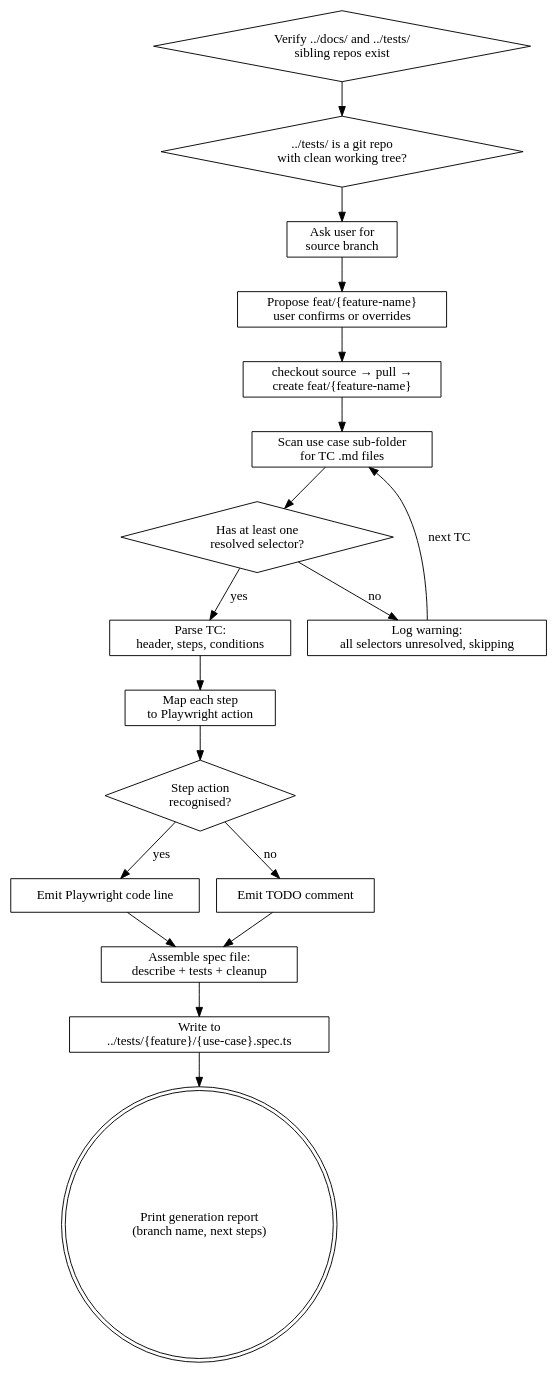
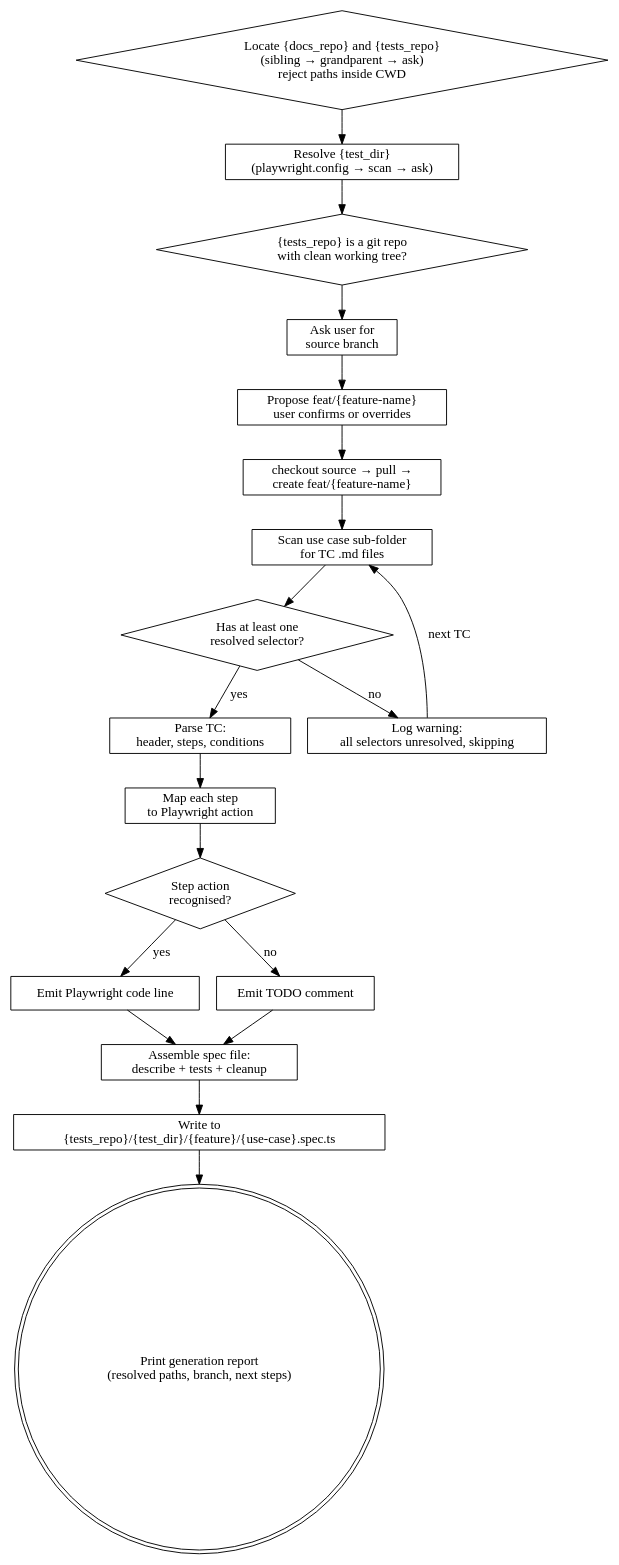
One commit to nishantvegeta/featurespecartifact changed the diagram in .claude/skills/generate-test-suite/SKILL.md. Above: the diagram before and after it, drawn with Graphviz. The commit also changed other lines of this file and 74 other files, not shown here.

````diff
--- a/.claude/skills/generate-test-suite/SKILL.md
+++ b/.claude/skills/generate-test-suite/SKILL.md
@@ -150,40 +191,42 @@
 ```dot
 digraph process {
     rankdir=TB;
 
-    verify_ws [label="Verify ../docs/ and ../tests/\nsibling repos exist" shape=diamond];
-    verify_git [label="../tests/ is a git repo\nwith clean working tree?" shape=diamond];
+    locate [label="Locate {docs_repo} and {tests_repo}\n(sibling → grandparent → ask)\nreject paths inside CWD" shape=diamond];
+    test_dir [label="Resolve {test_dir}\n(playwright.config → scan → ask)" shape=box];
+    verify_git [label="{tests_repo} is a git repo\nwith clean working tree?" shape=diamond];
     ask_src [label="Ask user for\nsource branch" shape=box];
     confirm_name [label="Propose feat/{feature-name}\nuser confirms or overrides" shape=box];
     create_branch [label="checkout source → pull →\ncreate feat/{feature-name}" shape=box];
     scan [label="Scan use case sub-folder\nfor TC .md files" shape=box];
     check [label="Has at least one\nresolved selector?" shape=diamond];
     skip [label="Log warning:\nall selectors unresolved, skipping" shape=box];
     parse [label="Parse TC:\nheader, steps, conditions" shape=box];
     map [label="Map each step\nto Playwright action" shape=box];
     unknown [label="Step action\nrecognised?" shape=diamond];
     emit_code [label="Emit Playwright code line" shape=box];
     emit_todo [label="Emit TODO comment" shape=box];
     assemble [label="Assemble spec file:\ndescribe + tests + cleanup" shape=box];
-    write [label="Write to\n../tests/{feature}/{use-case}.spec.ts" shape=box];
-    report [label="Print generation report\n(branch name, next steps)" shape=doublecircle];
+    write [label="Write to\n{tests_repo}/{test_dir}/{feature}/{use-case}.spec.ts" shape=box];
+    report [label="Print generation report\n(resolved paths, branch, next steps)" shape=doublecircle];
 
-    verify_ws -> verify_git;
+    locate -> test_dir;
+    test_dir -> verify_git;
     verify_git -> ask_src;
     ask_src -> confirm_name;
     confirm_name -> create_branch;
     create_branch -> scan;
     scan -> check;
     check -> skip [label="no"];
     check -> parse [label="yes"];
     skip -> scan [label="next TC"];
     parse -> map;
     map -> unknown;
     unknown -> emit_code [label="yes"];
     unknown -> emit_todo [label="no"];
     emit_code -> assemble;
     emit_todo -> assemble;
     assemble -> write;
     write -> report;
 }
 ```
````
